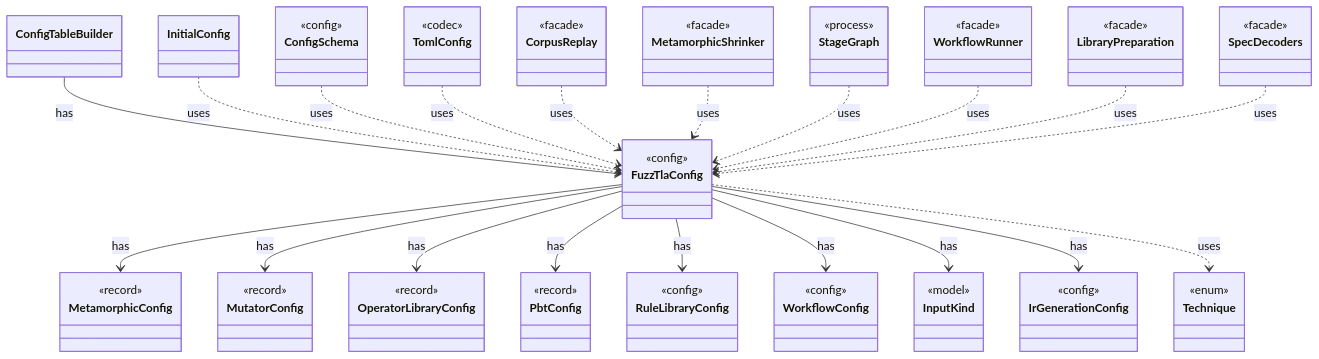
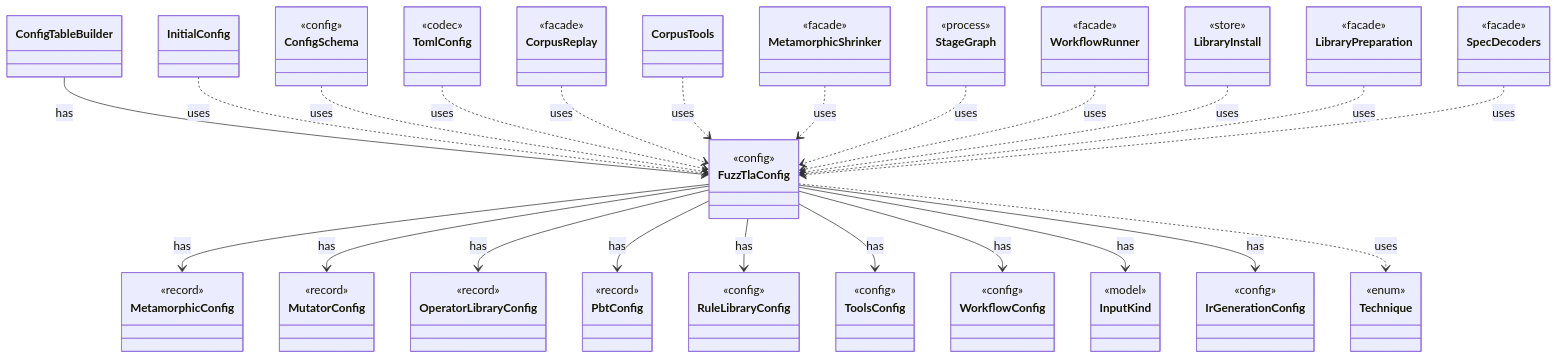
Before and after one commit to tlaplus/model-checker-hardening: the diagram in dev/types/io.github.tlaplus.hardening.config.FuzzTlaConfig.md, drawn with Mermaid. The commit also changed other lines of this file and 413 other files, not shown here.

````diff
--- a/dev/types/io.github.tlaplus.hardening.config.FuzzTlaConfig.md
+++ b/dev/types/io.github.tlaplus.hardening.config.FuzzTlaConfig.md
@@ -22,6 +22,9 @@
     <<record>>
   }
   class RuleLibraryConfig {
+    <<config>>
+  }
+  class ToolsConfig {
     <<config>>
   }
   class WorkflowConfig {
@@ -47,6 +50,7 @@
   class CorpusReplay {
     <<facade>>
   }
+  class CorpusTools
   class MetamorphicShrinker {
     <<facade>>
   }
@@ -55,6 +59,9 @@
   }
   class WorkflowRunner {
     <<facade>>
+  }
+  class LibraryInstall {
+    <<store>>
   }
   class LibraryPreparation {
     <<facade>>
@@ -67,6 +74,7 @@
   FuzzTlaConfig --> OperatorLibraryConfig : has
   FuzzTlaConfig --> PbtConfig : has
   FuzzTlaConfig --> RuleLibraryConfig : has
+  FuzzTlaConfig --> ToolsConfig : has
   FuzzTlaConfig --> WorkflowConfig : has
   FuzzTlaConfig --> InputKind : has
   FuzzTlaConfig --> IrGenerationConfig : has
@@ -76,9 +84,11 @@
   ConfigSchema ..> FuzzTlaConfig : uses
   TomlConfig ..> FuzzTlaConfig : uses
   CorpusReplay ..> FuzzTlaConfig : uses
+  CorpusTools ..> FuzzTlaConfig : uses
   MetamorphicShrinker ..> FuzzTlaConfig : uses
   StageGraph ..> FuzzTlaConfig : uses
   WorkflowRunner ..> FuzzTlaConfig : uses
+  LibraryInstall ..> FuzzTlaConfig : uses
   LibraryPreparation ..> FuzzTlaConfig : uses
   SpecDecoders ..> FuzzTlaConfig : uses
 ```
````
